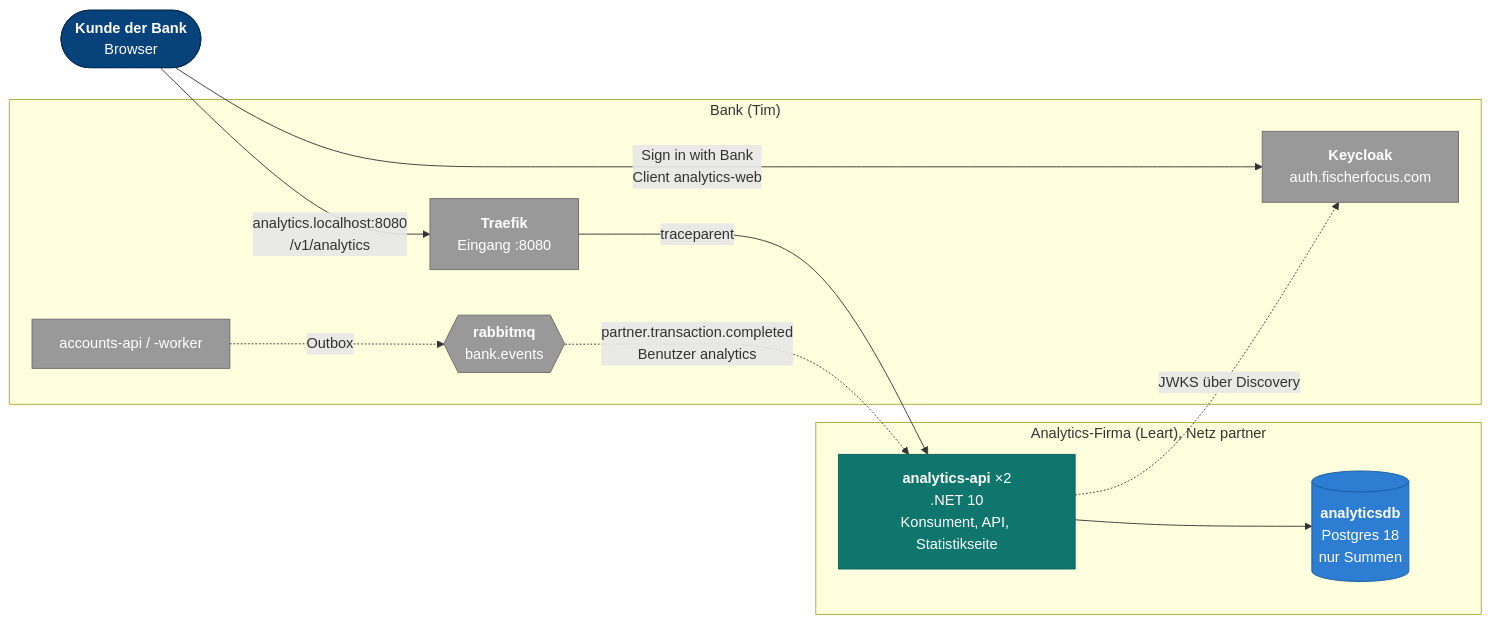
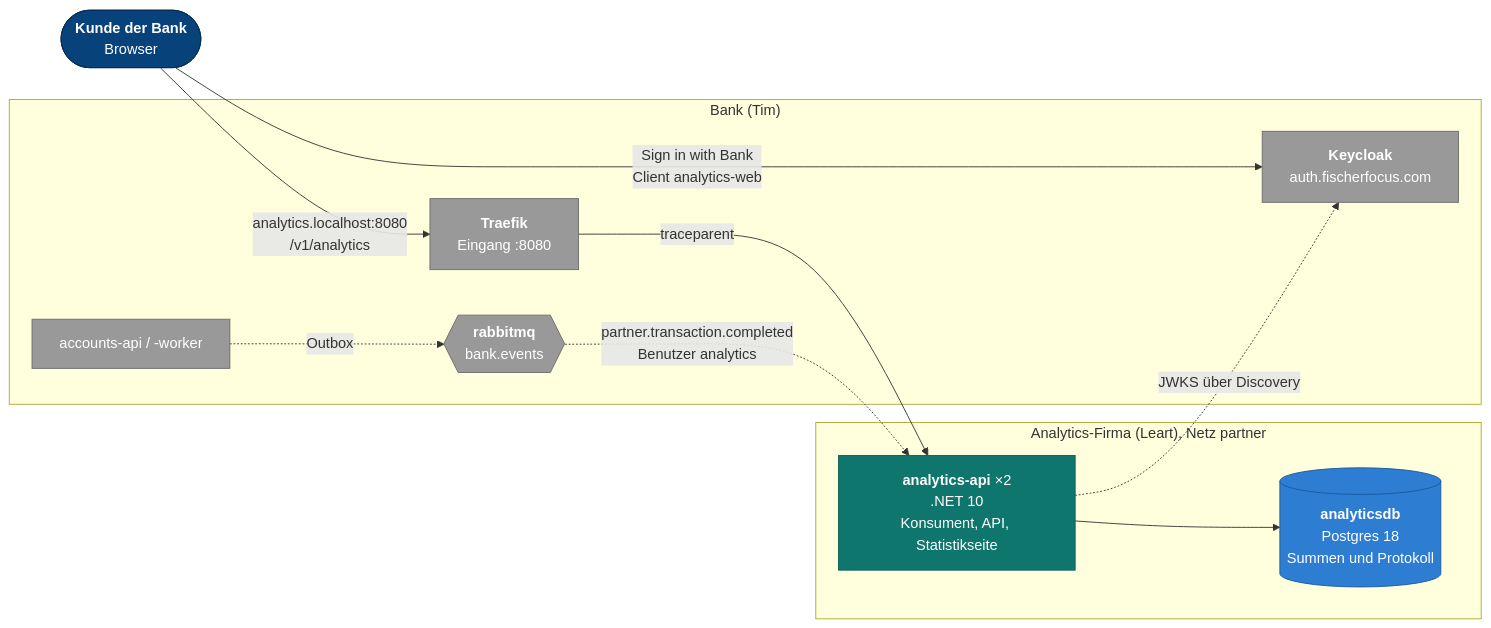
Before and after one commit to Leart165/321_leart: the first of 3 diagrams in docs/architecture.md, drawn with Mermaid. The commit also changed other lines of this file and 31 other files, not shown here.

````diff
--- a/docs/architecture.md
+++ b/docs/architecture.md
@@ -15,33 +15,33 @@
 ```mermaid
 flowchart LR
     kunde(["<b>Kunde der Bank</b><br/>Browser"])
 
     subgraph bank["Bank (Tim)"]
         traefik["<b>Traefik</b><br/>Eingang :8080"]
         kc["<b>Keycloak</b><br/>auth.fischerfocus.com"]
         acc["accounts-api / -worker"]
         mq{{"<b>rabbitmq</b><br/>bank.events"}}
     end
 
     subgraph partner["Analytics-Firma (Leart), Netz partner"]
         api["<b>analytics-api</b> ×2<br/>.NET 10<br/>Konsument, API, Statistikseite"]
-        db[("<b>analyticsdb</b><br/>Postgres 18<br/>nur Summen")]
+        db[("<b>analyticsdb</b><br/>Postgres 18<br/>Summen und Protokoll")]
     end
 
     kunde -->|"Sign in with Bank<br/>Client analytics-web"| kc
     kunde -->|"analytics.localhost:8080<br/>/v1/analytics"| traefik
     traefik -->|"traceparent"| api
     acc -.->|"Outbox"| mq
     mq -.->|"partner.transaction.completed<br/>Benutzer analytics"| api
     api -.->|"JWKS über Discovery"| kc
     api --> db
 
     classDef person fill:#08427b,stroke:#052e56,color:#ffffff
     classDef mine fill:#0f766e,stroke:#0b5f58,color:#ffffff
     classDef store fill:#2d7dd2,stroke:#1a5a9e,color:#ffffff
     classDef other fill:#999999,stroke:#6b6b6b,color:#ffffff
     class kunde person
     class api mine
     class db store
     class traefik,kc,acc,mq other
 ```
````
